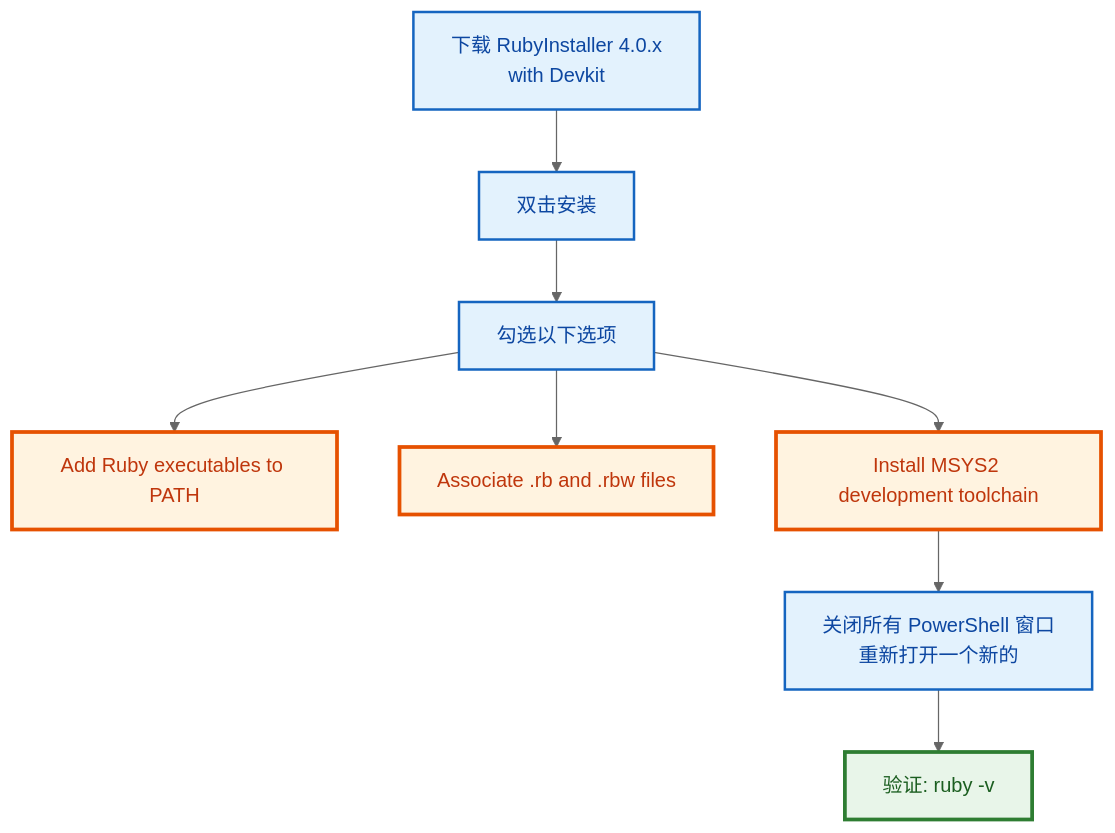
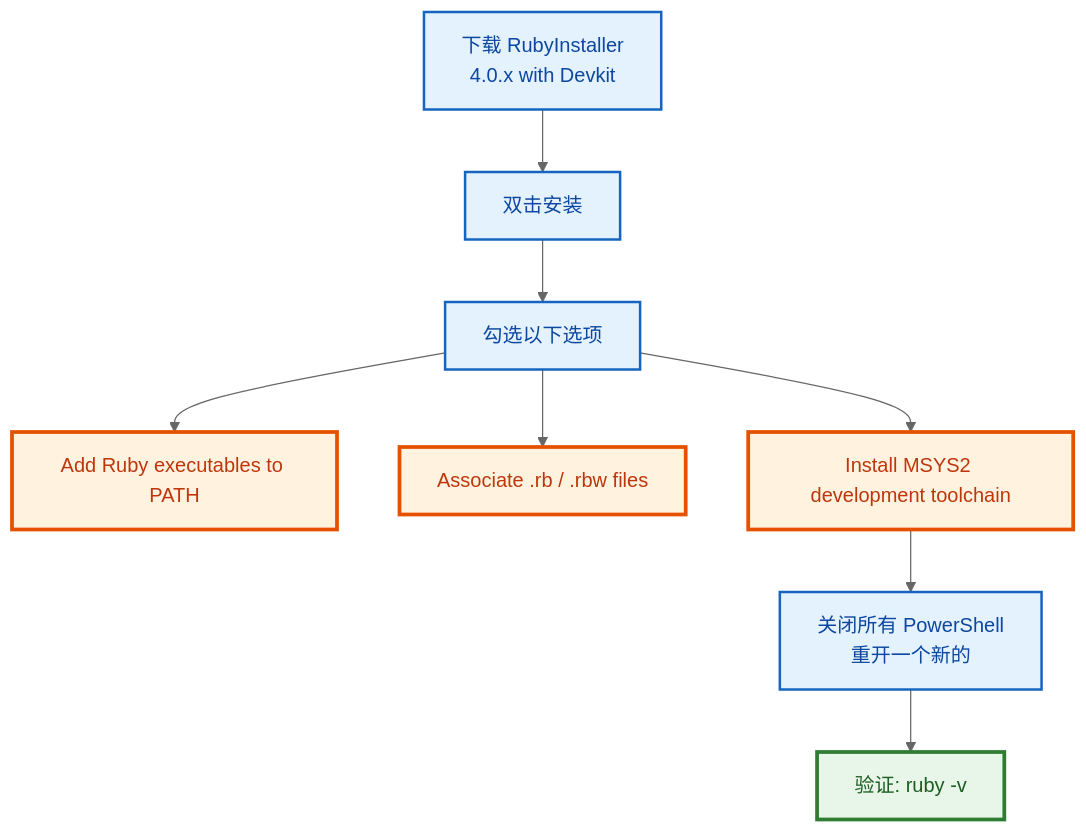
The ninth of 21 diagrams in ruby/README.md (PassByYou888/LingoFuse), drawn with Mermaid (neutral theme) before and after one commit. The commit also changed other lines of this file and 8 other files, not shown here.

````diff
--- a/ruby/README.md
+++ b/ruby/README.md
@@ -380,18 +355,17 @@
 ```mermaid
 flowchart TD
-    S1["下载 RubyInstaller 4.0.x<br/>with Devkit"] --> S2["双击安装"]
+    S1["下载 RubyInstaller<br/>4.0.x with Devkit"] --> S2["双击安装"]
     S2 --> S3["勾选以下选项"]
     S3 --> O1["Add Ruby executables to PATH"]
-    S3 --> O2["Associate .rb and .rbw files"]
+    S3 --> O2["Associate .rb / .rbw files"]
     S3 --> O3["Install MSYS2 development toolchain"]
-    O3 --> S4["关闭所有 PowerShell 窗口<br/>重新打开一个新的"]
+    O3 --> S4["关闭所有 PowerShell<br/>重开一个新的"]
     S4 --> V["验证: ruby -v"]
 
     classDef action fill:#E3F2FD,stroke:#1565C0,stroke-width:2px,color:#0D47A1
     classDef warn fill:#FFF3E0,stroke:#E65100,stroke-width:3px,color:#BF360C
     classDef done fill:#E8F5E9,stroke:#2E7D32,stroke-width:3px,color:#1B5E20
-
     class S1,S2,S3,S4 action
     class O1,O2,O3 warn
     class V done
 ```
````
